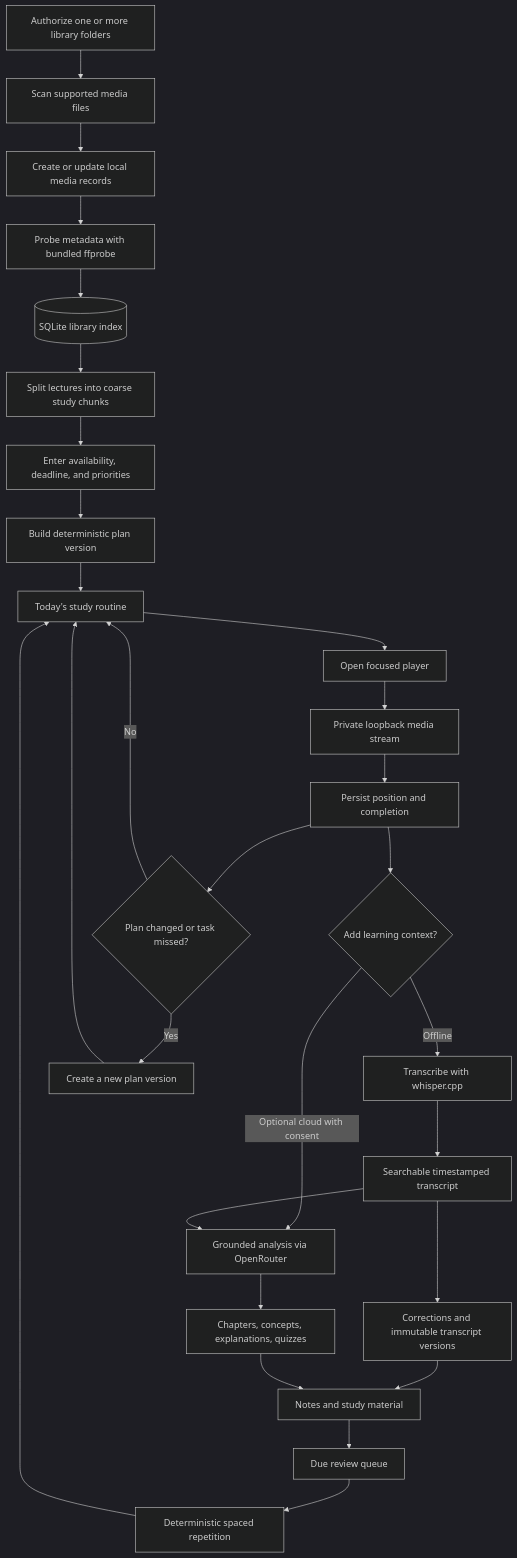
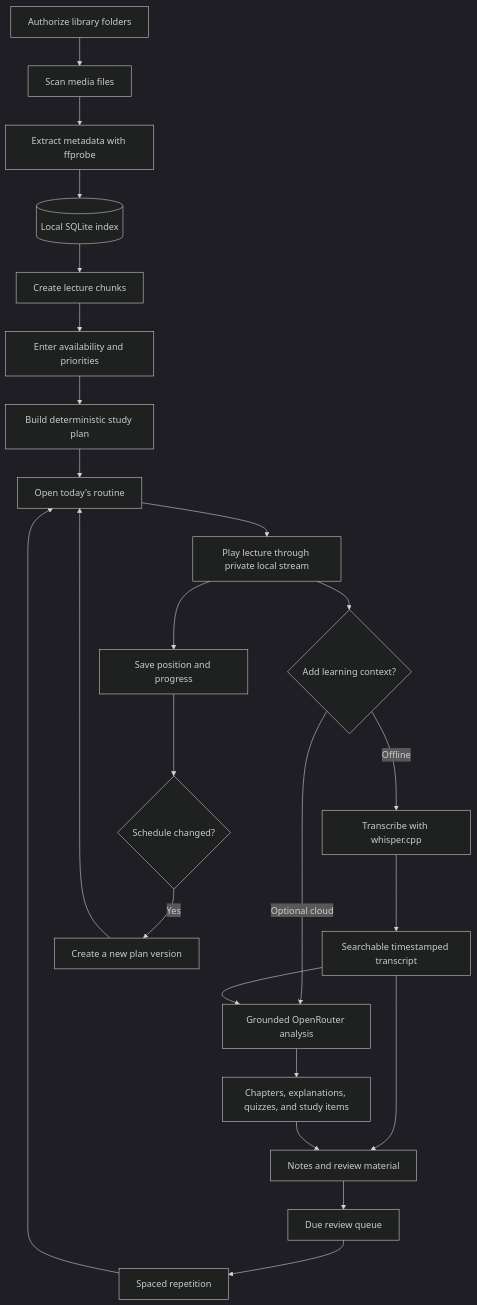
Before and after one commit to asapial/LectorBit: the first of 2 diagrams in README.md, drawn with Mermaid (dark theme). The commit also changed other lines of this file, not shown here.

````diff
--- a/README.md
+++ b/README.md
@@ -45,36 +39,32 @@
 ```mermaid
 flowchart TD
-    A[Authorize one or more library folders] --> B[Scan supported media files]
-    B --> C[Create or update local media records]
-    C --> D[Probe metadata with bundled ffprobe]
-    D --> E[(SQLite library index)]
+    A[Authorize library folders] --> B[Scan media files]
+    B --> C[Extract metadata with ffprobe]
+    C --> D[(Local SQLite index)]
 
-    E --> F[Split lectures into coarse study chunks]
-    F --> G[Enter availability, deadline, and priorities]
-    G --> H[Build deterministic plan version]
-    H --> I[Today's study routine]
+    D --> E[Create lecture chunks]
+    E --> F[Enter availability and priorities]
+    F --> G[Build deterministic study plan]
+    G --> H[Open today's routine]
 
-    I --> J[Open focused player]
-    J --> K[Private loopback media stream]
-    K --> L[Persist position and completion]
-    L --> M{Add learning context?}
+    H --> I[Play lecture through private local stream]
+    I --> J[Save position and progress]
 
-    M -->|Offline| N[Transcribe with whisper.cpp]
-    N --> O[Searchable timestamped transcript]
-    O --> P[Corrections and immutable transcript versions]
+    I --> K{Add learning context?}
+    K -->|Offline| L[Transcribe with whisper.cpp]
+    L --> M[Searchable timestamped transcript]
 
-    M -->|Optional cloud with consent| Q[Grounded analysis via OpenRouter]
-    O --> Q
-    Q --> R[Chapters, concepts, explanations, quizzes]
+    K -->|Optional cloud| N[Grounded OpenRouter analysis]
+    M --> N
+    N --> O[Chapters, explanations, quizzes, and study items]
 
-    P --> S[Notes and study material]
-    R --> S
-    S --> T[Due review queue]
-    T --> U[Deterministic spaced repetition]
-    U --> I
+    M --> P[Notes and review material]
+    O --> P
+    P --> Q[Due review queue]
+    Q --> R[Spaced repetition]
+    R --> H
 
-    L --> V{Plan changed or task missed?}
-    V -->|Yes| W[Create a new plan version]
-    W --> I
-    V -->|No| I
+    J --> S{Schedule changed?}
+    S -->|Yes| T[Create a new plan version]
+    T --> H
 ```
````
